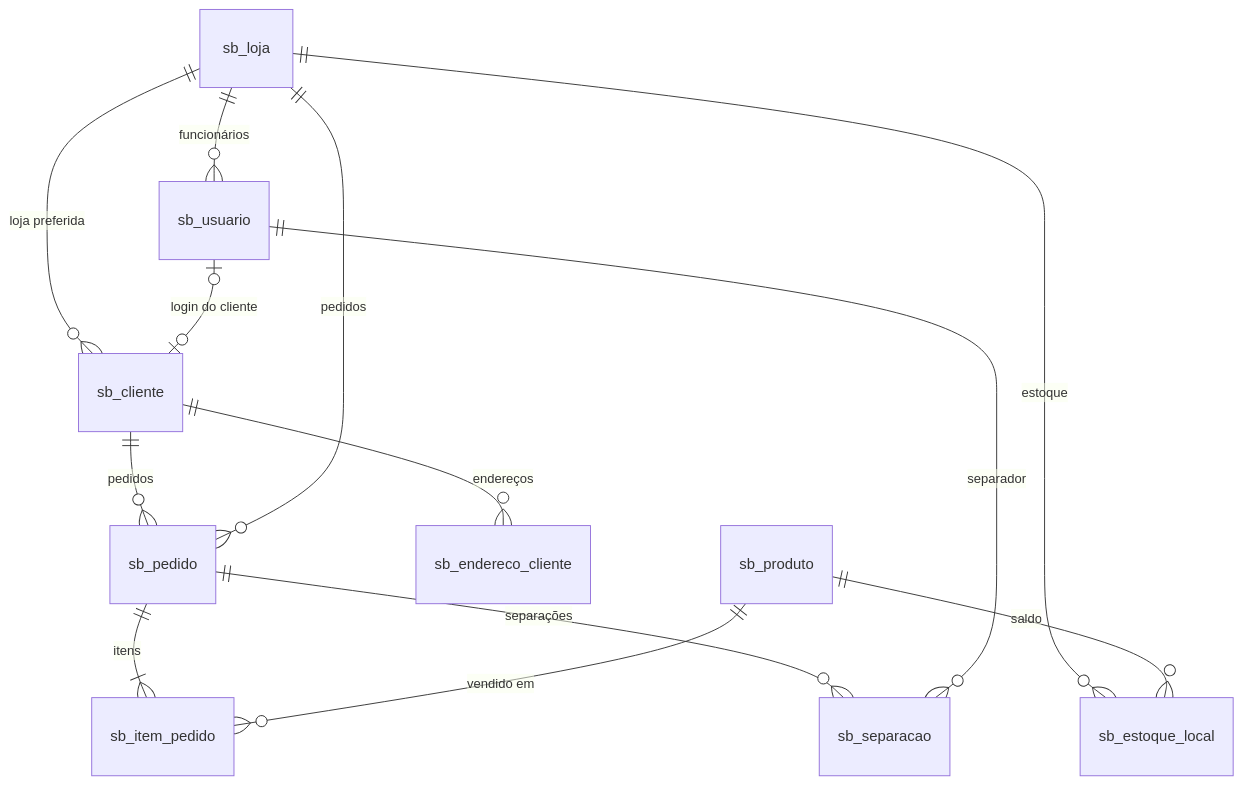
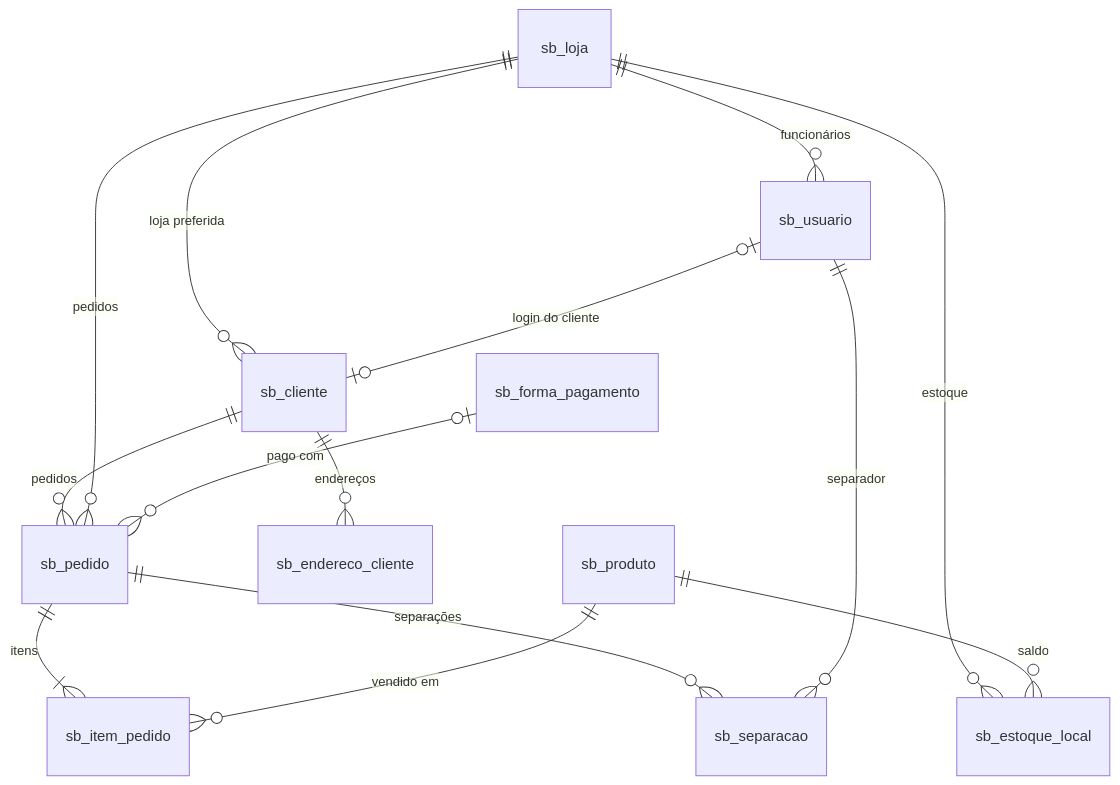
Before and after one commit to trobozoi/superbenfica-api: the first of 3 diagrams in docs/arquitetura.md, drawn with Mermaid. The commit also changed other lines of this file and 55 other files, not shown here.

````diff
--- a/docs/arquitetura.md
+++ b/docs/arquitetura.md
@@ -44,15 +46,16 @@
 ```mermaid
 erDiagram
     sb_loja ||--o{ sb_usuario : "funcionários"
     sb_loja ||--o{ sb_estoque_local : "estoque"
     sb_produto ||--o{ sb_estoque_local : "saldo"
     sb_loja ||--o{ sb_cliente : "loja preferida"
     sb_usuario |o--o| sb_cliente : "login do cliente"
     sb_cliente ||--o{ sb_endereco_cliente : "endereços"
     sb_cliente ||--o{ sb_pedido : "pedidos"
     sb_loja ||--o{ sb_pedido : "pedidos"
+    sb_forma_pagamento |o--o{ sb_pedido : "pago com"
     sb_pedido ||--|{ sb_item_pedido : "itens"
     sb_produto ||--o{ sb_item_pedido : "vendido em"
     sb_pedido ||--o{ sb_separacao : "separações"
     sb_usuario ||--o{ sb_separacao : "separador"
 ```
````
